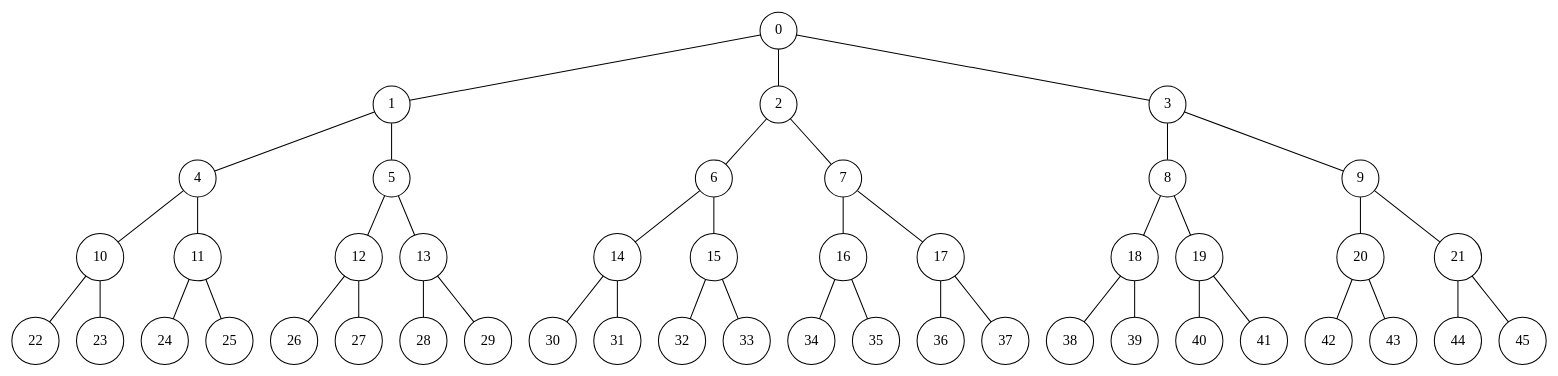
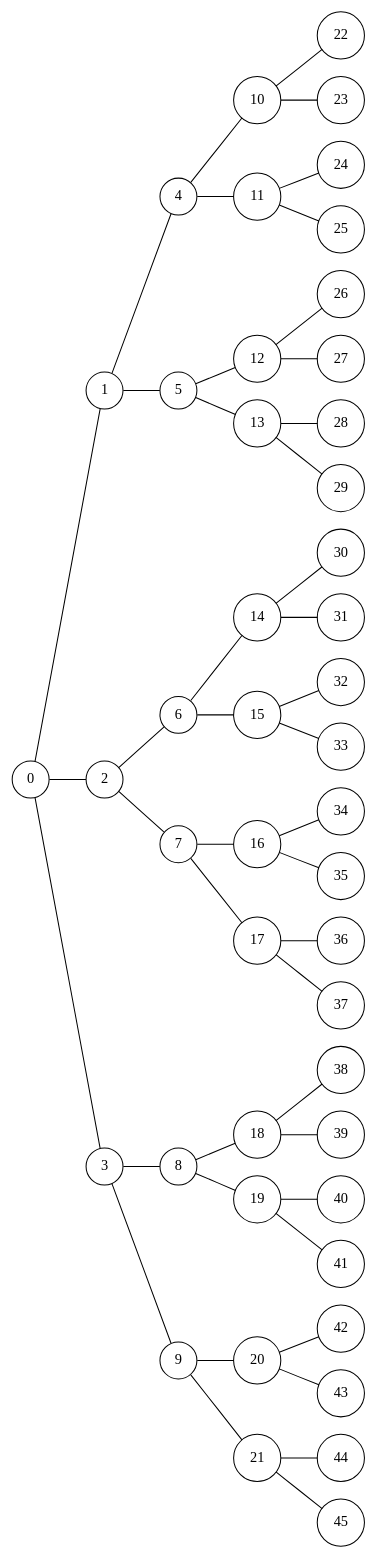
One commit to majkser/AiSD2 changed the diagram in zestaw10/ZadanieA/g1.dot. Above: the diagram before and after it, drawn with Graphviz. The commit also changed 5 other files, not shown here.

Commit message:
fix: images of the graphs

```diff
--- a/zestaw10/ZadanieA/g1.dot
+++ b/zestaw10/ZadanieA/g1.dot
@@ -1,48 +1,95 @@
-graph G {
+graph g1 {
   node [shape=circle];
+  rankdir=LR;
+  0;
+  1;
+  2;
+  3;
+  4;
+  5;
+  6;
+  7;
+  8;
+  9;
+  10;
+  11;
+  12;
+  13;
+  14;
+  15;
+  16;
+  17;
+  18;
+  19;
+  20;
+  21;
+  22;
+  23;
+  24;
+  25;
+  26;
+  27;
+  28;
+  29;
+  30;
+  31;
+  32;
+  33;
+  34;
+  35;
+  36;
+  37;
+  38;
+  39;
+  40;
+  41;
+  42;
+  43;
+  44;
+  45;
   0 -- 1;
   0 -- 2;
   0 -- 3;
   1 -- 4;
   1 -- 5;
   2 -- 6;
   2 -- 7;
   3 -- 8;
   3 -- 9;
   4 -- 10;
   4 -- 11;
   5 -- 12;
   5 -- 13;
   6 -- 14;
   6 -- 15;
   7 -- 16;
   7 -- 17;
   8 -- 18;
   8 -- 19;
   9 -- 20;
   9 -- 21;
   10 -- 22;
   10 -- 23;
   11 -- 24;
   11 -- 25;
   12 -- 26;
   12 -- 27;
   13 -- 28;
   13 -- 29;
   14 -- 30;
   14 -- 31;
   15 -- 32;
   15 -- 33;
   16 -- 34;
   16 -- 35;
   17 -- 36;
   17 -- 37;
   18 -- 38;
   18 -- 39;
   19 -- 40;
   19 -- 41;
   20 -- 42;
   20 -- 43;
   21 -- 44;
   21 -- 45;
 }
```
